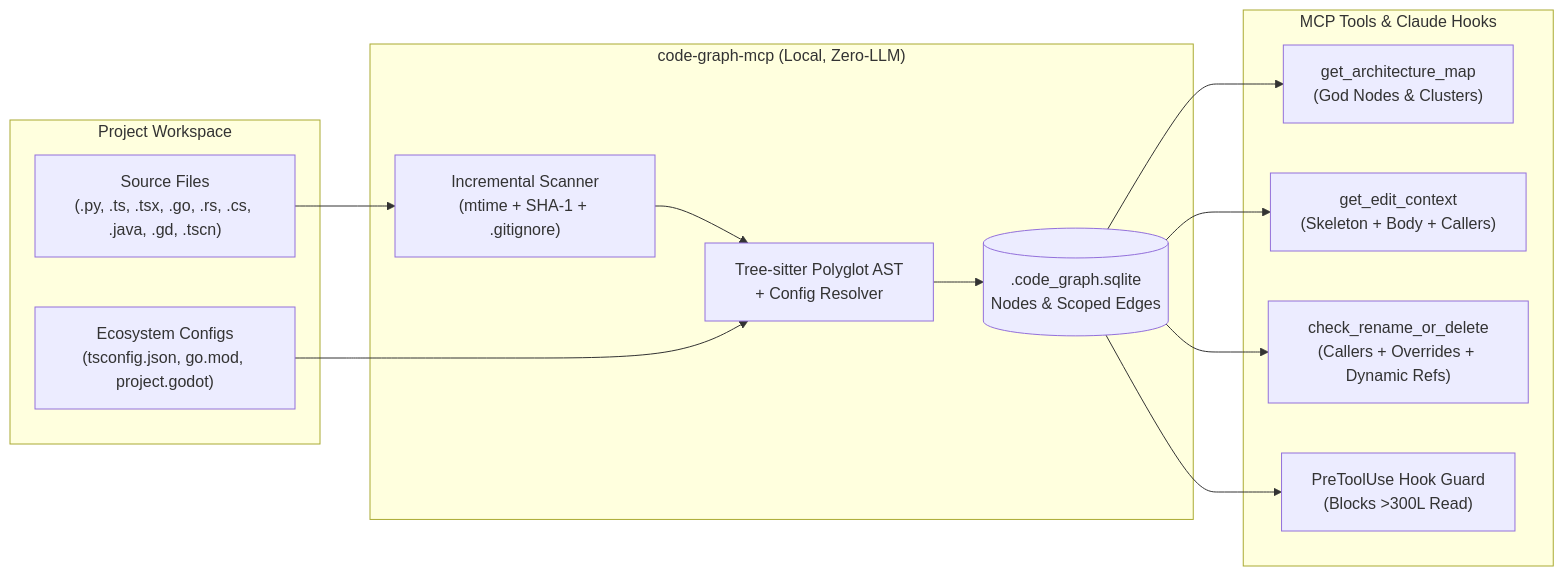
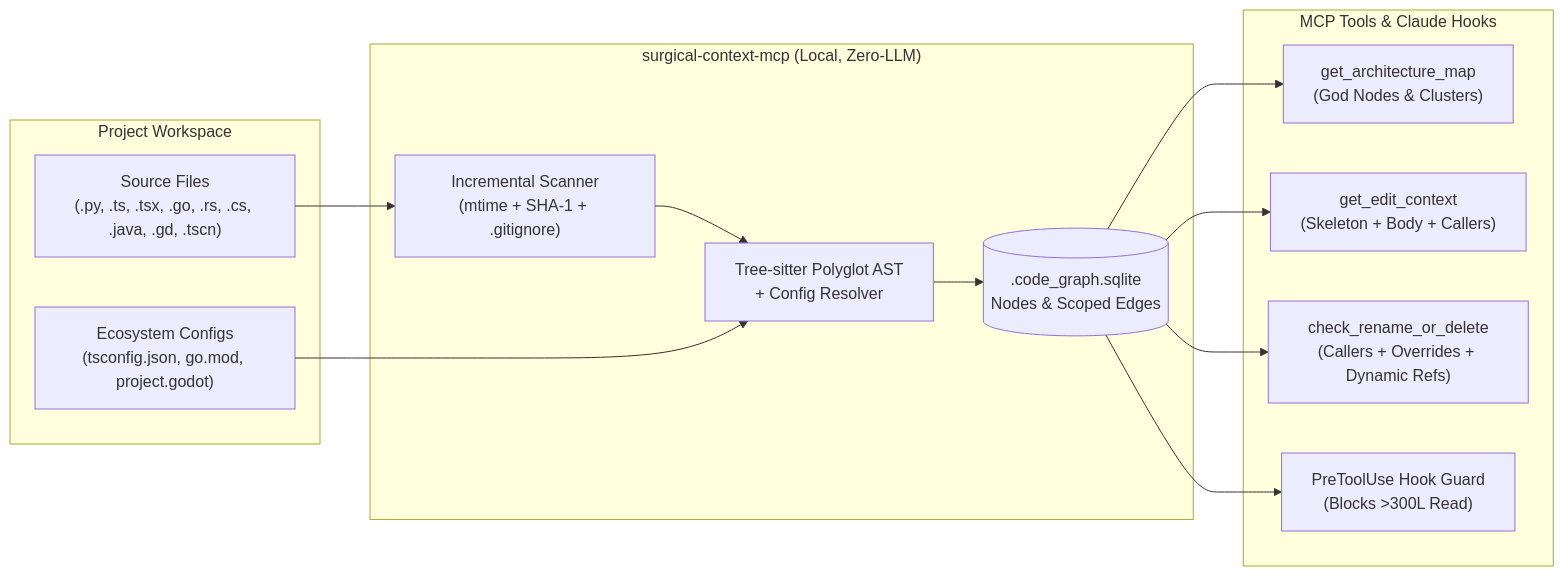
Before and after one commit to erayerturk/surgical-context-mcp: the diagram in README.md, drawn with Mermaid. The commit also changed other lines of this file and 5 other files, not shown here.

First line of the commit message:
Rename to surgical-context-mcp, add PyPI publishing, CI and demo

````diff
--- a/README.md
+++ b/README.md
@@ -126,28 +135,28 @@
 ```mermaid
 flowchart LR
     subgraph Workspace["Project Workspace"]
         Code["Source Files\n(.py, .ts, .tsx, .go, .rs, .cs, .java, .gd, .tscn)"]
         Configs["Ecosystem Configs\n(tsconfig.json, go.mod, project.godot)"]
     end
 
-    subgraph Engine["code-graph-mcp (Local, Zero-LLM)"]
+    subgraph Engine["surgical-context-mcp (Local, Zero-LLM)"]
         Scanner["Incremental Scanner\n(mtime + SHA-1 + .gitignore)"]
         Parser["Tree-sitter Polyglot AST\n+ Config Resolver"]
         DB[(".code_graph.sqlite\nNodes & Scoped Edges")]
         Scanner --> Parser --> DB
         Configs --> Parser
     end
 
     subgraph AgentTools["MCP Tools & Claude Hooks"]
         Map["get_architecture_map\n(God Nodes & Clusters)"]
         EditCtx["get_edit_context\n(Skeleton + Body + Callers)"]
         Safety["check_rename_or_delete\n(Callers + Overrides + Dynamic Refs)"]
         Hook["PreToolUse Hook Guard\n(Blocks >300L Read)"]
     end
 
     Code --> Scanner
     DB --> Map
     DB --> EditCtx
     DB --> Safety
     DB --> Hook
 ```
````
